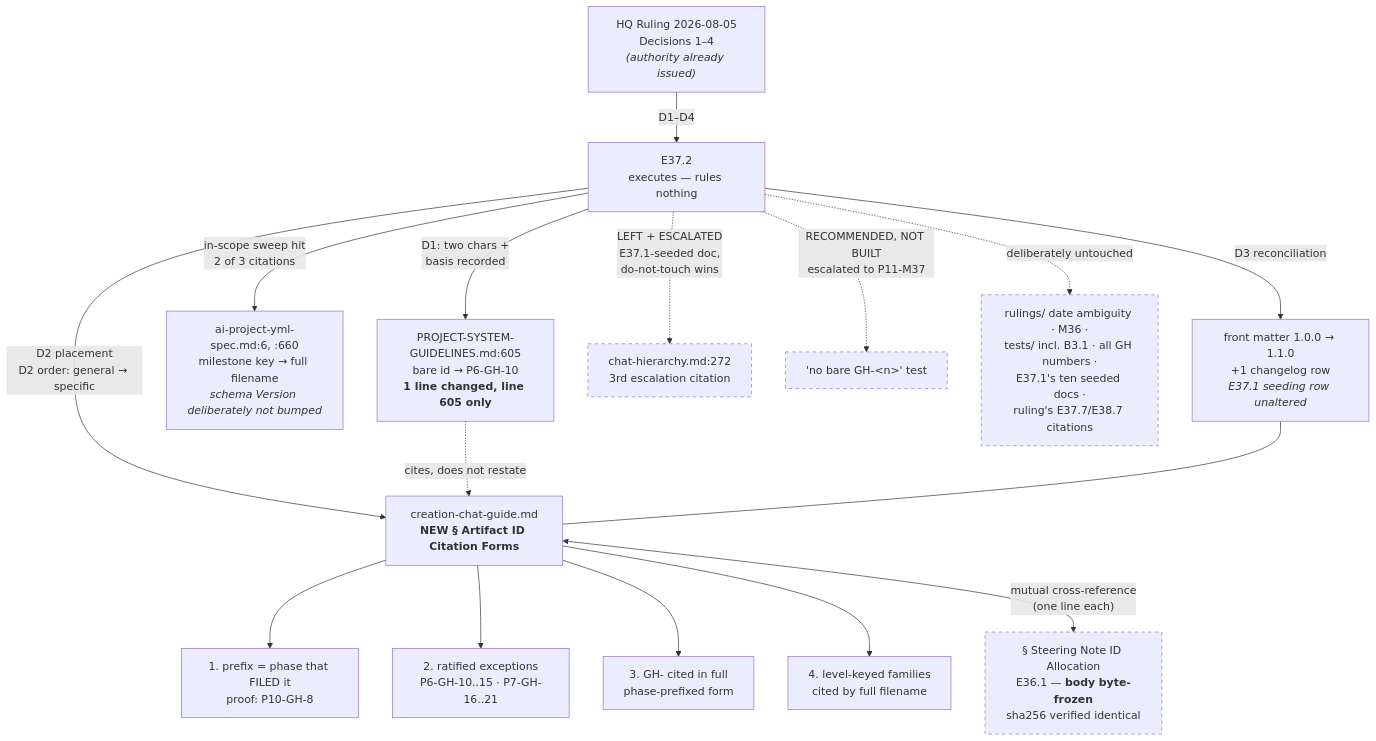
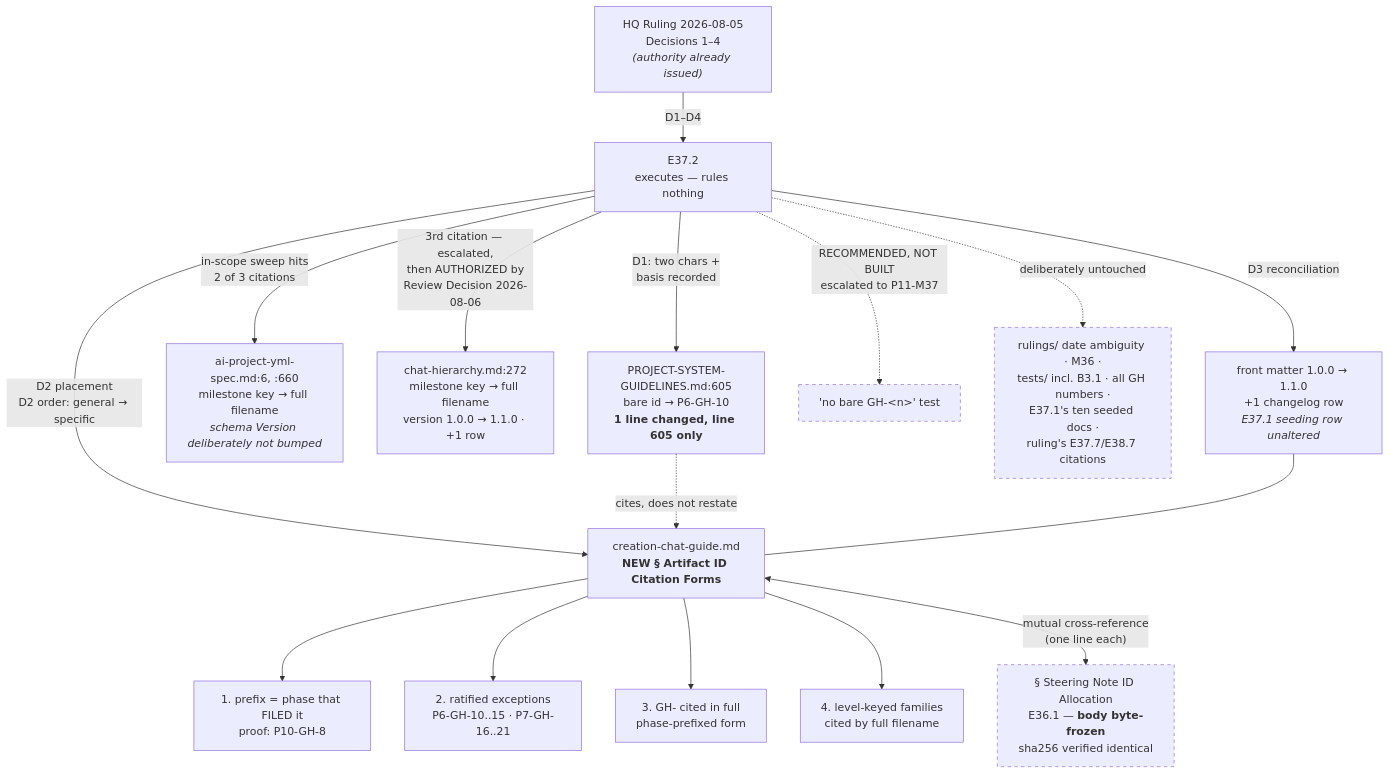
The diagram in docs/phases/P11__Drivr_Coordination_Over_Rented_Execution/P11-M37-E37.2__delivery-notice.md (panchew/ai-project-system), drawn with Mermaid before and after one commit. The commit also changed other lines of this file and 1 other file, not shown here.

````diff
--- a/docs/phases/P11__Drivr_Coordination_Over_Rented_Execution/P11-M37-E37.2__delivery-notice.md
+++ b/docs/phases/P11__Drivr_Coordination_Over_Rented_Execution/P11-M37-E37.2__delivery-notice.md
@@ -419,31 +466,30 @@
 ```mermaid
 graph TD
   RUL["HQ Ruling 2026-08-05<br/>Decisions 1–4<br/><i>(authority already issued)</i>"]
   E372["E37.2<br/>executes — rules nothing"]
   RUL -->|"D1–D4"| E372
 
   E372 -->|"D1: two chars +<br/>basis recorded"| PSG["PROJECT-SYSTEM-GUIDELINES.md:605<br/>bare id → P6-GH-10<br/><b>1 line changed, line 605 only</b>"]
   E372 -->|"D2 placement<br/>D2 order: general → specific"| SEC["creation-chat-guide.md<br/><b>NEW § Artifact ID Citation Forms</b>"]
-  E372 -->|"in-scope sweep hit<br/>2 of 3 citations"| YML["ai-project-yml-spec.md:6, :660<br/>milestone key → full filename<br/><i>schema Version deliberately not bumped</i>"]
+  E372 -->|"in-scope sweep hits<br/>2 of 3 citations"| YML["ai-project-yml-spec.md:6, :660<br/>milestone key → full filename<br/><i>schema Version deliberately not bumped</i>"]
+  E372 -->|"3rd citation — escalated,<br/>then AUTHORIZED by<br/>Review Decision 2026-08-06"| CHF["chat-hierarchy.md:272<br/>milestone key → full filename<br/>version 1.0.0 → 1.1.0 · +1 row"]
 
   SEC --> R1["1. prefix = phase that FILED it<br/>proof: P10-GH-8"]
   SEC --> R2["2. ratified exceptions<br/>P6-GH-10..15 · P7-GH-16..21"]
   SEC --> R3["3. GH- cited in full<br/>phase-prefixed form"]
   SEC --> R4["4. level-keyed families<br/>cited by full filename"]
 
   SEC <-->|"mutual cross-reference<br/>(one line each)"| SNA["§ Steering Note ID Allocation<br/>E36.1 — <b>body byte-frozen</b><br/>sha256 verified identical"]
   PSG -.->|"cites, does not restate"| SEC
 
   E372 -->|"D3 reconciliation"| VER["front matter 1.0.0 → 1.1.0<br/>+1 changelog row<br/><i>E37.1 seeding row unaltered</i>"]
   VER --- SEC
 
-  CH["chat-hierarchy.md:272<br/>3rd escalation citation"]
-  E372 -.->|"LEFT + ESCALATED<br/>E37.1-seeded doc,<br/>do-not-touch wins"| CH
   GUARD["'no bare GH-&lt;n&gt;' test"]
   E372 -.->|"RECOMMENDED, NOT BUILT<br/>escalated to P11-M37"| GUARD
   FROZ["rulings/ date ambiguity · M36 ·<br/>tests/ incl. B3.1 · all GH numbers ·<br/>E37.1's ten seeded docs ·<br/>ruling's E37.7/E38.7 citations"]
   E372 -.->|"deliberately untouched"| FROZ
 
   classDef frozen stroke-dasharray: 5 5
-  class CH,GUARD,FROZ,SNA frozen
+  class GUARD,FROZ,SNA frozen
 ```
````
